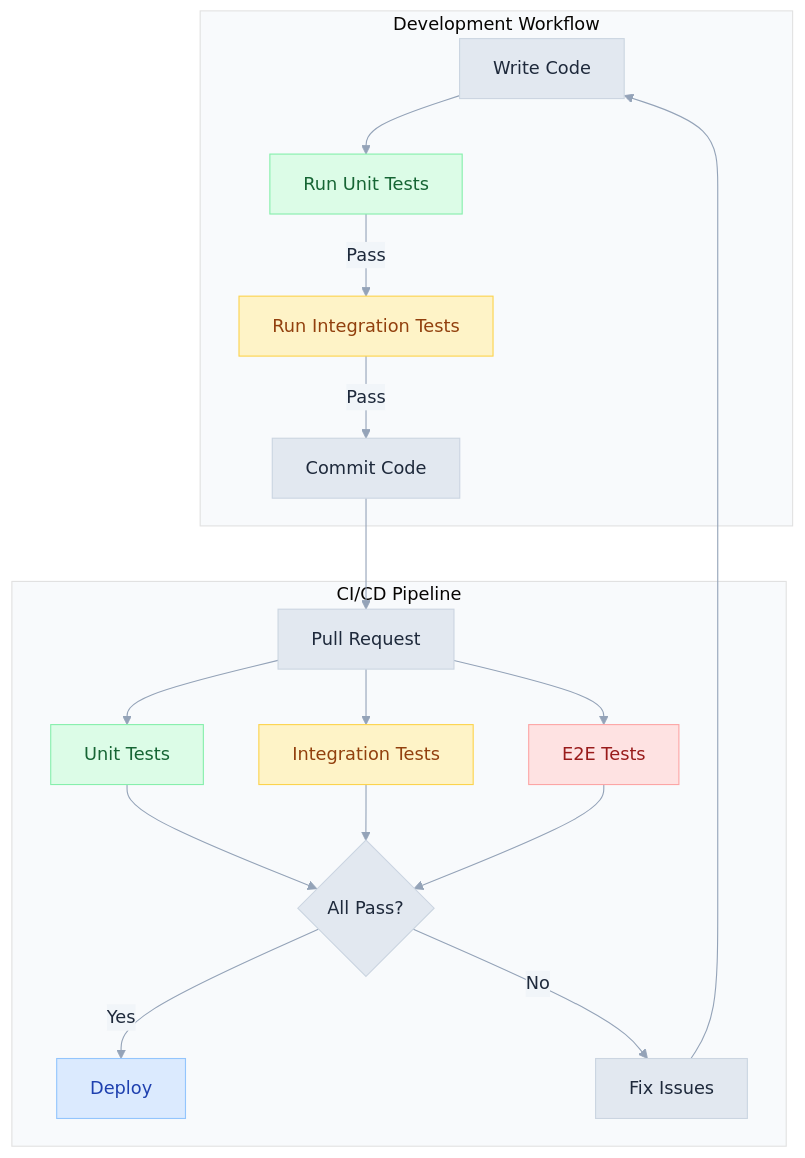
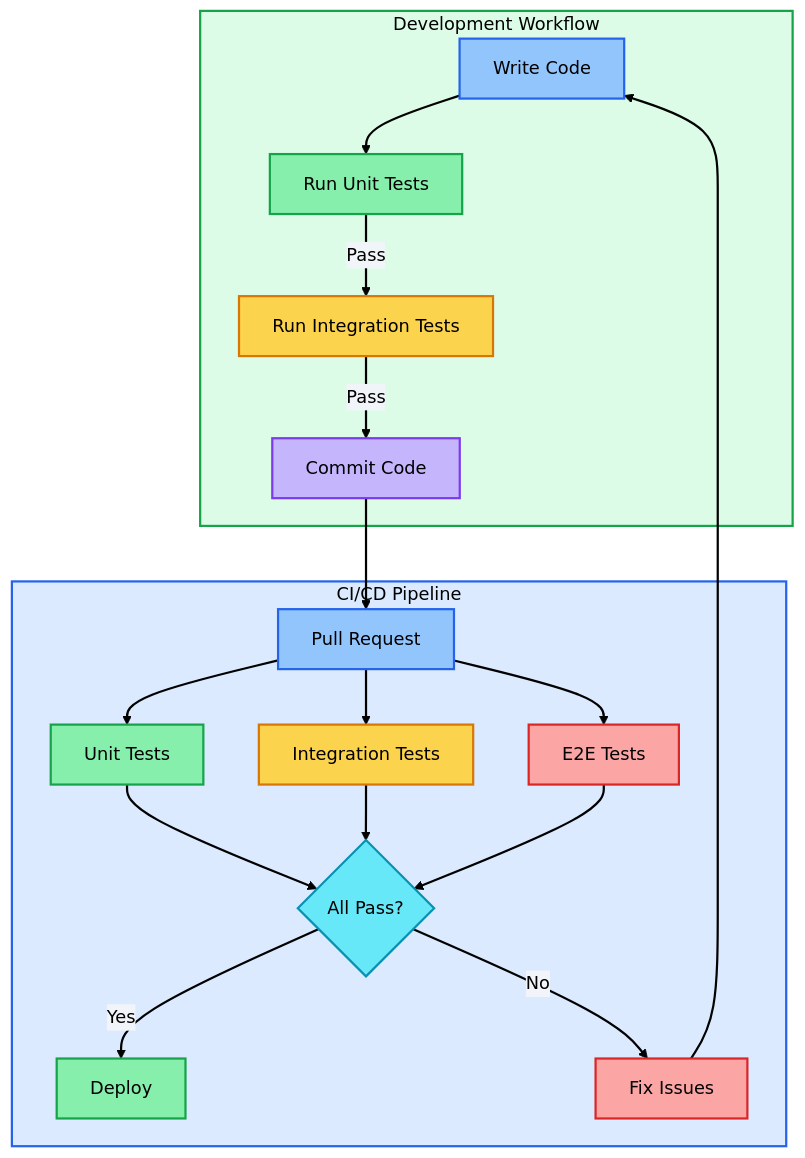
Before and after one commit to 3DHDSoft/devmultiplier-academy: the first of 6 diagrams in doc/testing-strategy-nextjs.md, drawn with Mermaid. The commit also changed other lines of this file and 17 other files, not shown here.

````diff
--- a/doc/testing-strategy-nextjs.md
+++ b/doc/testing-strategy-nextjs.md
@@ -37,38 +37,49 @@
 ```mermaid
 %%{init: {'theme': 'base', 'themeVariables': {
-  'primaryColor': '#e2e8f0',
-  'primaryTextColor': '#1e293b',
-  'primaryBorderColor': '#cbd5e1',
-  'lineColor': '#94a3b8',
-  'secondaryColor': '#f1f5f9',
-  'tertiaryColor': '#f8fafc',
+  'primaryColor': '#f8fafc',
+  'primaryTextColor': '#000000',
+  'primaryBorderColor': '#2563eb',
+  'lineColor': '#000000',
+  'secondaryColor': '#fafafa',
+  'tertiaryColor': '#f5f5f5',
   'background': '#ffffff',
-  'textColor': '#334155',
+  'textColor': '#000000',
+  'edgeLabelBackground': '#f1f5f9',
   'fontFamily': 'system-ui, -apple-system, sans-serif'
-}}}%%flowchart TD
+}}}%%
+flowchart TD
     subgraph Development ["Development Workflow"]
         CODE[Write Code] --> UNIT[Run Unit Tests]
         UNIT -->|Pass| INT[Run Integration Tests]
         INT -->|Pass| COMMIT[Commit Code]
     end
 
     subgraph CI ["CI/CD Pipeline"]
         COMMIT --> PR[Pull Request]
         PR --> UNIT_CI[Unit Tests]
         PR --> INT_CI[Integration Tests]
         PR --> E2E_CI[E2E Tests]
         UNIT_CI --> MERGE{All Pass?}
         INT_CI --> MERGE
         E2E_CI --> MERGE
         MERGE -->|Yes| DEPLOY[Deploy]
         MERGE -->|No| FIX[Fix Issues]
         FIX --> CODE
     end
 
-    style UNIT fill:#dcfce7,stroke:#86efac,color:#166534
-    style INT fill:#fef3c7,stroke:#fcd34d,color:#92400e
-    style UNIT_CI fill:#dcfce7,stroke:#86efac,color:#166534
-    style INT_CI fill:#fef3c7,stroke:#fcd34d,color:#92400e
-    style E2E_CI fill:#fee2e2,stroke:#fca5a5,color:#991b1b
-    style DEPLOY fill:#dbeafe,stroke:#93c5fd,color:#1e40af
+    style Development fill:#dcfce7,stroke:#16a34a,stroke-width:2px,color:#000000
+    style CI fill:#dbeafe,stroke:#2563eb,stroke-width:2px,color:#000000
+    style CODE fill:#93c5fd,stroke:#2563eb,color:#000000,stroke-width:2px
+    style UNIT fill:#86efac,stroke:#16a34a,color:#000000,stroke-width:2px
+    style INT fill:#fcd34d,stroke:#d97706,color:#000000,stroke-width:2px
+    style COMMIT fill:#c4b5fd,stroke:#7c3aed,color:#000000,stroke-width:2px
+    style PR fill:#93c5fd,stroke:#2563eb,color:#000000,stroke-width:2px
+    style UNIT_CI fill:#86efac,stroke:#16a34a,color:#000000,stroke-width:2px
+    style INT_CI fill:#fcd34d,stroke:#d97706,color:#000000,stroke-width:2px
+    style E2E_CI fill:#fca5a5,stroke:#dc2626,color:#000000,stroke-width:2px
+    style MERGE fill:#67e8f9,stroke:#0891b2,color:#000000,stroke-width:2px
+    style DEPLOY fill:#86efac,stroke:#16a34a,color:#000000,stroke-width:2px
+    style FIX fill:#fca5a5,stroke:#dc2626,color:#000000,stroke-width:2px
+
+    linkStyle default stroke:#000000,stroke-width:2px
 ```
````
